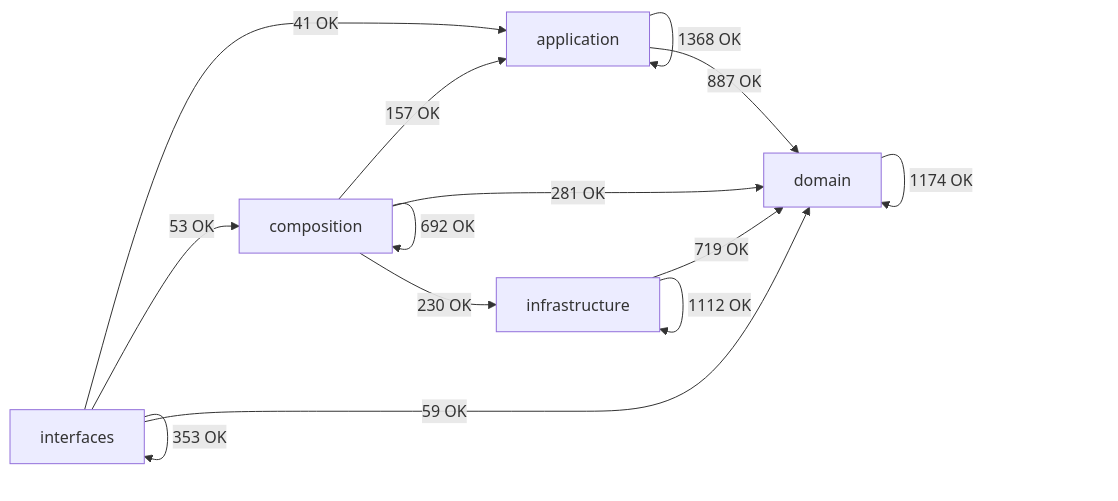
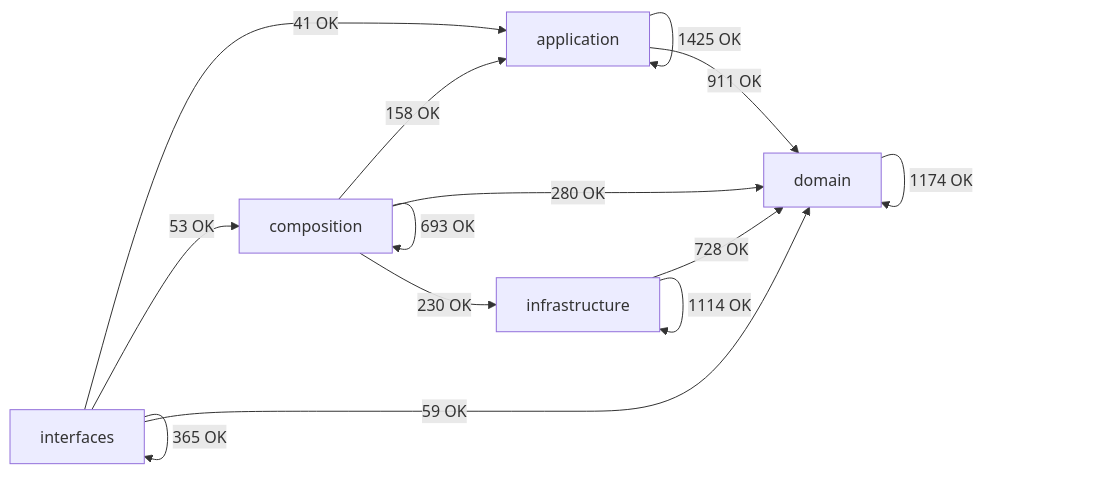
Before and after one commit to SatoryKono/BioactivityDataAcquisition: the diagram in docs/02-architecture/generated/module-dependency-map.md, drawn with Mermaid. The commit also changed other lines of this file and 2 other files, not shown here.

First line of the commit message:
chore(ci): refresh governance and architecture inventories

````diff
--- a/docs/02-architecture/generated/module-dependency-map.md
+++ b/docs/02-architecture/generated/module-dependency-map.md
@@ -17,21 +17,21 @@
 ```mermaid
 flowchart LR
     domain[domain]
     application[application]
     infrastructure[infrastructure]
     composition[composition]
     interfaces[interfaces]
-    application -->|1368 OK| application
-    application -->|887 OK| domain
-    composition -->|157 OK| application
-    composition -->|692 OK| composition
-    composition -->|281 OK| domain
+    application -->|1425 OK| application
+    application -->|911 OK| domain
+    composition -->|158 OK| application
+    composition -->|693 OK| composition
+    composition -->|280 OK| domain
     composition -->|230 OK| infrastructure
     domain -->|1174 OK| domain
-    infrastructure -->|719 OK| domain
-    infrastructure -->|1112 OK| infrastructure
+    infrastructure -->|728 OK| domain
+    infrastructure -->|1114 OK| infrastructure
     interfaces -->|41 OK| application
     interfaces -->|53 OK| composition
     interfaces -->|59 OK| domain
-    interfaces -->|353 OK| interfaces
+    interfaces -->|365 OK| interfaces
 ```
````
